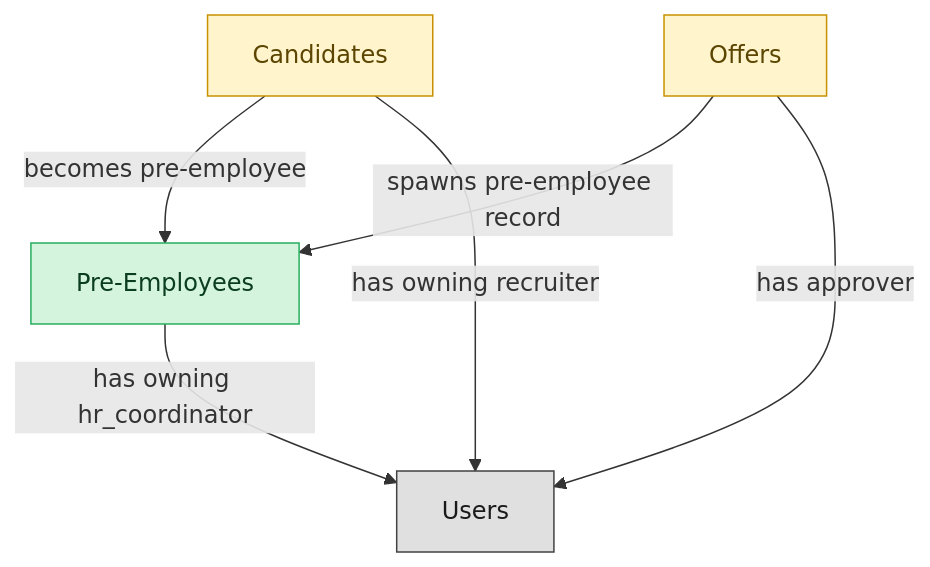
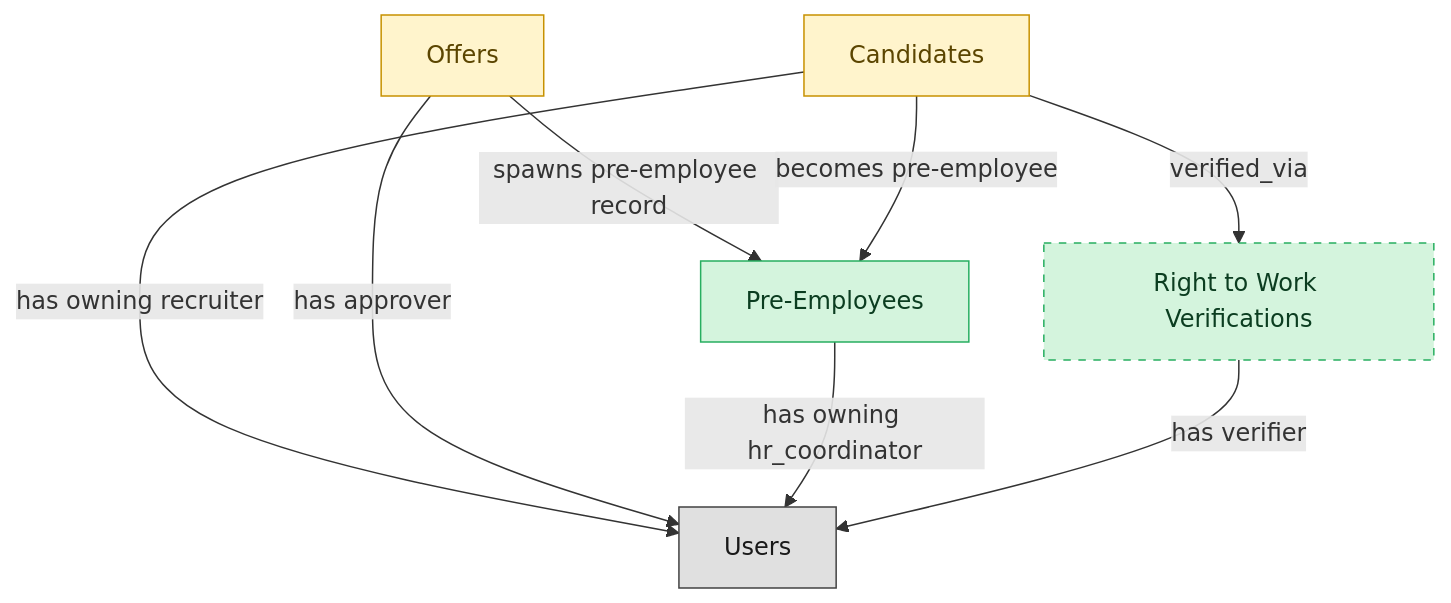
One commit to IntranetFactory/domain-map changed the diagram in catalog/blueprints/ats-pre-employee-record-semantic-blueprint.md. Above: the diagram before and after it, drawn with Mermaid. The commit also changed other lines of this file and 102 other files, not shown here.

````diff
--- a/catalog/blueprints/ats-pre-employee-record-semantic-blueprint.md
+++ b/catalog/blueprints/ats-pre-employee-record-semantic-blueprint.md
@@ -32,19 +33,24 @@
 ```mermaid
 flowchart TD
   classDef master fill:#d4f4dd,stroke:#27ae60,color:#0b3d20;
   classDef embedded_master fill:#fff4cc,stroke:#c79100,color:#5b4500;
   classDef platform_builtin fill:#e0e0e0,stroke:#424242,color:#1a1a1a;
   pre_employees["Pre-Employees"]
   candidates["Candidates"]
   job_offers["Offers"]
+  right_to_work_verifications["Right to Work Verifications"]
   users["Users"]
+  candidates -->|"verified_via"| right_to_work_verifications
   job_offers -->|"spawns pre-employee record"| pre_employees
   candidates -->|"becomes pre-employee"| pre_employees
   candidates -->|"has owning recruiter"| users
   job_offers -->|"has approver"| users
   pre_employees -->|"has owning hr_coordinator"| users
+  right_to_work_verifications -->|"has verifier"| users
   class pre_employees master;
   class candidates embedded_master;
   class job_offers embedded_master;
+  class right_to_work_verifications master;
   class users platform_builtin;
+  style right_to_work_verifications stroke-dasharray:5 5;
 ```
````
